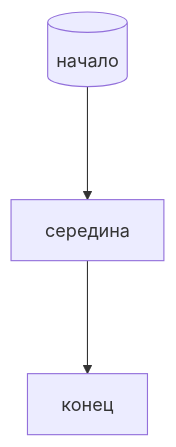
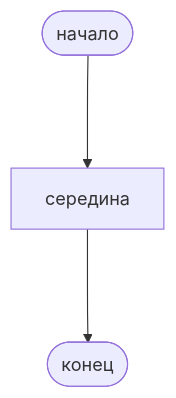
The diagram in Diagrama.md (Timur-Abdulhakimov/Digital-AI), drawn with Mermaid before and after one commit.

````diff
--- a/Diagrama.md
+++ b/Diagrama.md
@@ -1,4 +1,4 @@
 ```mermaid
 flowchart
-  A[(начало)] ---> B[середина] ---> C[конец]
+  A([начало]) ---> B[середина] ---> C([конец])
 ```
````
